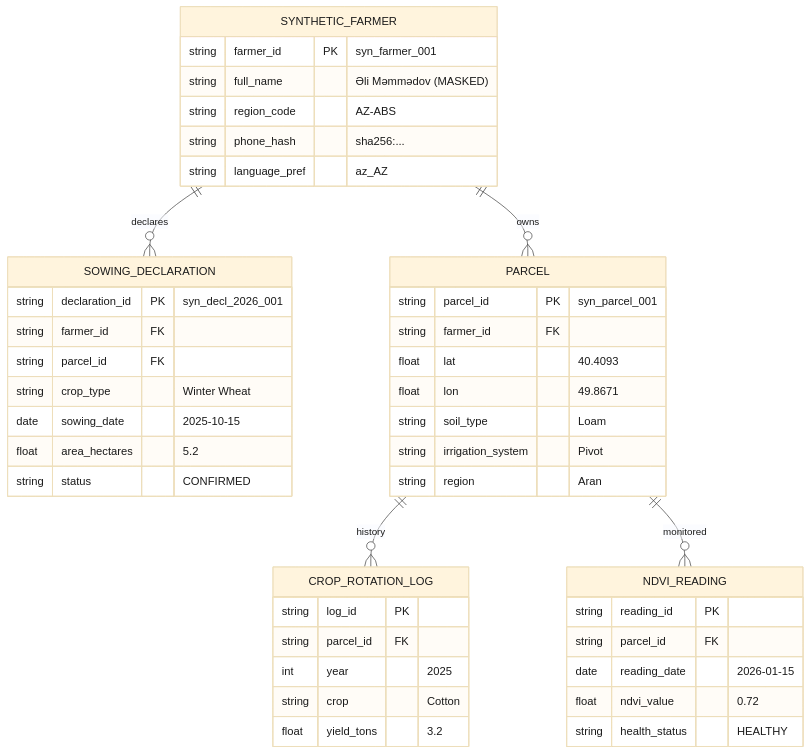
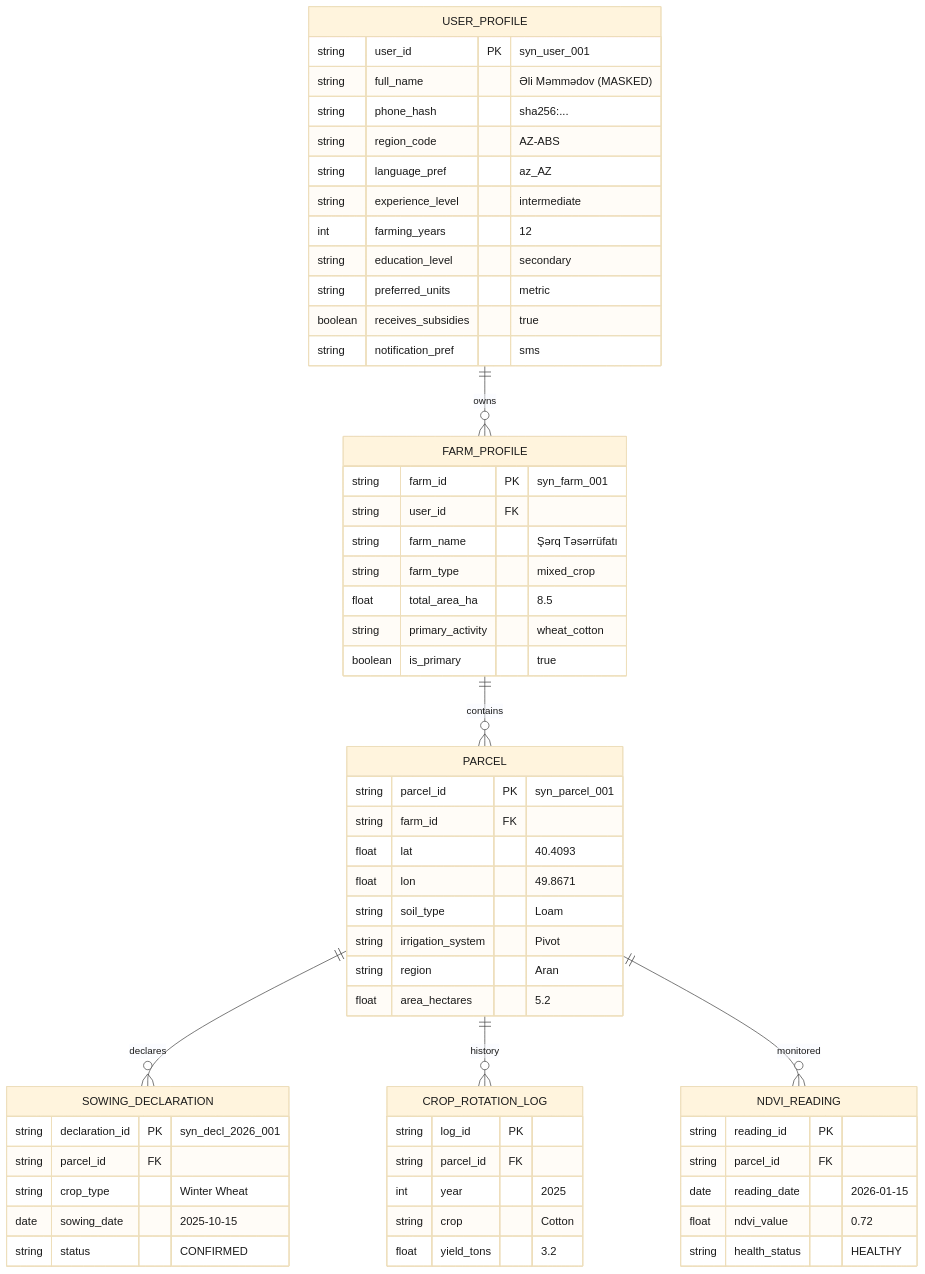
One commit to Px8Studio/yonja changed the second of 9 diagrams in docs/zekalab/02-SYNTHETIC-DATA-ENGINE.md. Above: the diagram before and after it, drawn with Mermaid. The commit also changed other lines of this file and 3 other files, not shown here.

Commit message:
Refactor UI/UX documentation to enhance clarity, including new navigation tab for AI Assistant and detailed design principles for user and farm profiles.

````diff
--- a/docs/zekalab/02-SYNTHETIC-DATA-ENGINE.md
+++ b/docs/zekalab/02-SYNTHETIC-DATA-ENGINE.md
@@ -44,52 +44,68 @@
 ```mermaid
 %%{init: {'theme': 'base', 'themeVariables': { 'primaryTextColor': '#1a1a1a', 'lineColor': '#424242'}}}%%
 erDiagram
-    SYNTHETIC_FARMER {
-        string farmer_id PK "syn_farmer_001"
+    USER_PROFILE {
+        string user_id PK "syn_user_001"
         string full_name "Əli Məmmədov (MASKED)"
+        string phone_hash "sha256:..."
         string region_code "AZ-ABS"
-        string phone_hash "sha256:..."
         string language_pref "az_AZ"
+        string experience_level "intermediate"
+        int farming_years "12"
+        string education_level "secondary"
+        string preferred_units "metric"
+        boolean receives_subsidies "true"
+        string notification_pref "sms"
     }
     
-    SOWING_DECLARATION {
-        string declaration_id PK "syn_decl_2026_001"
-        string farmer_id FK
-        string parcel_id FK
-        string crop_type "Winter Wheat"
-        date sowing_date "2025-10-15"
-        float area_hectares "5.2"
-        string status "CONFIRMED"
+    FARM_PROFILE {
+        string farm_id PK "syn_farm_001"
+        string user_id FK
+        string farm_name "Şərq Təsərrüfatı"
+        string farm_type "mixed_crop"
+        float total_area_ha "8.5"
+        string primary_activity "wheat_cotton"
+        boolean is_primary "true"
     }
     
     PARCEL {
         string parcel_id PK "syn_parcel_001"
-        string farmer_id FK
+        string farm_id FK
         float lat "40.4093"
         float lon "49.8671"
         string soil_type "Loam"
         string irrigation_system "Pivot"
         string region "Aran"
+        float area_hectares "5.2"
+    }
+    
+    SOWING_DECLARATION {
+        string declaration_id PK "syn_decl_2026_001"
+        string parcel_id FK
+        string crop_type "Winter Wheat"
+        date sowing_date "2025-10-15"
+        string status "CONFIRMED"
     }
     
     CROP_ROTATION_LOG {
         string log_id PK
         string parcel_id FK
         int year "2025"
         string crop "Cotton"
         float yield_tons "3.2"
     }
     
     NDVI_READING {
         string reading_id PK
         string parcel_id FK
         date reading_date "2026-01-15"
         float ndvi_value "0.72"
         string health_status "HEALTHY"
     }
     
-    SYNTHETIC_FARMER ||--o{ SOWING_DECLARATION : "declares"
-    SYNTHETIC_FARMER ||--o{ PARCEL : "owns"
+    USER_PROFILE ||--o{ FARM_PROFILE : "owns"
+    FARM_PROFILE ||--o{ PARCEL : "contains"
+    PARCEL ||--o{ SOWING_DECLARATION : "declares"
     PARCEL ||--o{ CROP_ROTATION_LOG : "history"
     PARCEL ||--o{ NDVI_READING : "monitored"
 ```
````
